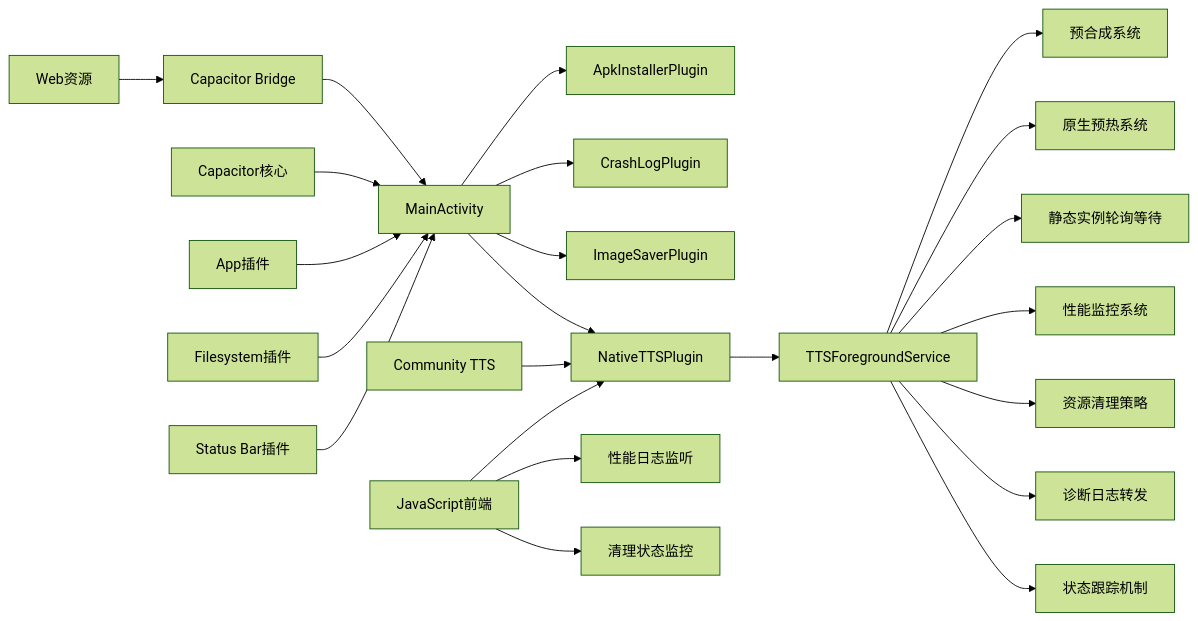
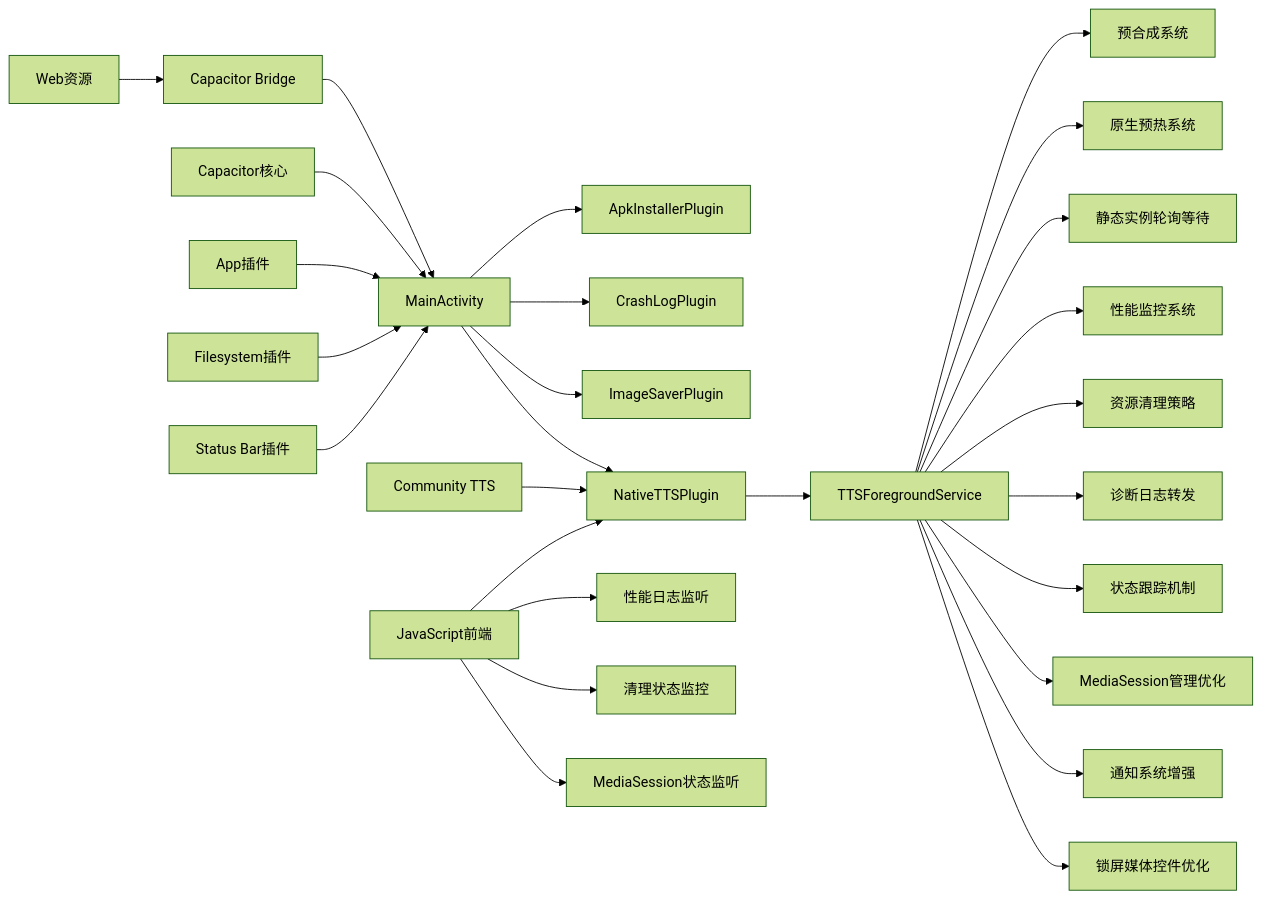
Diagram 11 of 11 in .qoder/repowiki/zh/content/移动应用开发/移动应用开发.md (zhao-zg/cx), drawn with Mermaid (forest theme) before and after one commit. The commit also changed other lines of this file and 30 other files, not shown here.

````diff
--- a/.qoder/repowiki/zh/content/移动应用开发/移动应用开发.md
+++ b/.qoder/repowiki/zh/content/移动应用开发/移动应用开发.md
@@ -671,25 +720,29 @@
 ```mermaid
 graph LR
 WEB["Web资源"] --> BRIDGE["Capacitor Bridge"]
 BRIDGE --> MAINACT["MainActivity"]
 MAINACT --> APK["ApkInstallerPlugin"]
 MAINACT --> CRASH["CrashLogPlugin"]
 MAINACT --> IMG["ImageSaverPlugin"]
 MAINACT --> TTS["NativeTTSPlugin"]
 CAP["Capacitor核心"] --> MAINACT
 APP["App插件"] --> MAINACT
 FS["Filesystem插件"] --> MAINACT
 SB["Status Bar插件"] --> MAINACT
 CTTS["Community TTS"] --> TTS
 TTS --> SERVICE["TTSForegroundService"]
 SERVICE --> PRE_SYNTH["预合成系统"]
 SERVICE --> WARMUP["原生预热系统"]
 SERVICE --> POLLING["静态实例轮询等待"]
 SERVICE --> PERF_MONITOR["性能监控系统"]
 SERVICE --> RESOURCE_CLEAN["资源清理策略"]
 SERVICE --> LOG_FORWARD["诊断日志转发"]
 SERVICE --> STATUS_TRACK["状态跟踪机制"]
+SERVICE --> MEDIASESSION["MediaSession管理优化"]
+SERVICE --> NOTIFICATION["通知系统增强"]
+SERVICE --> LOCKSCREEN["锁屏媒体控件优化"]
 JAVASCRIPT["JavaScript前端"] --> TTS
 JAVASCRIPT --> PERF_LOG["性能日志监听"]
 JAVASCRIPT --> CLEAN_LOG["清理状态监控"]
+JAVASCRIPT --> MEDIASTATE["MediaSession状态监听"]
 ```
````
